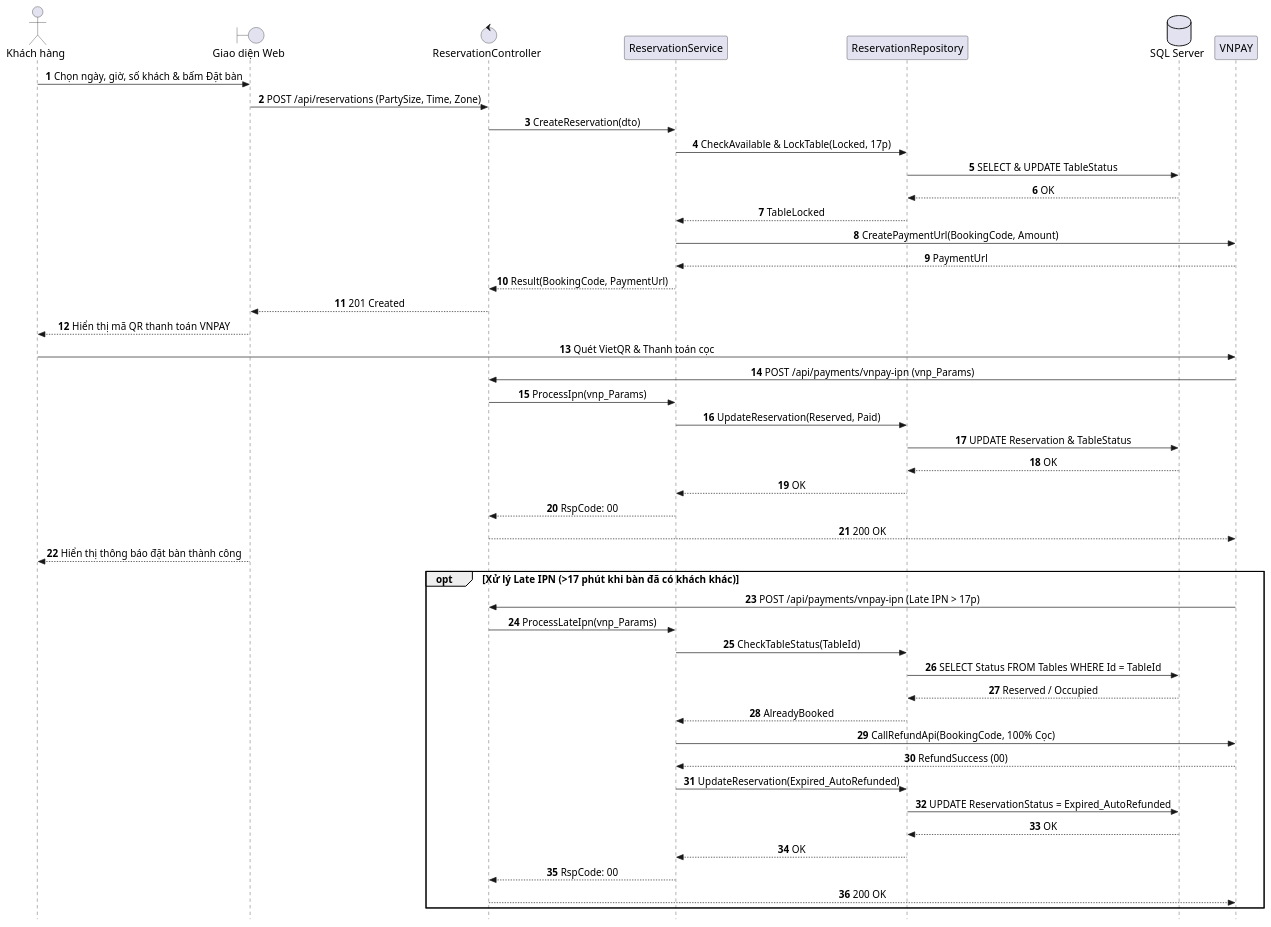
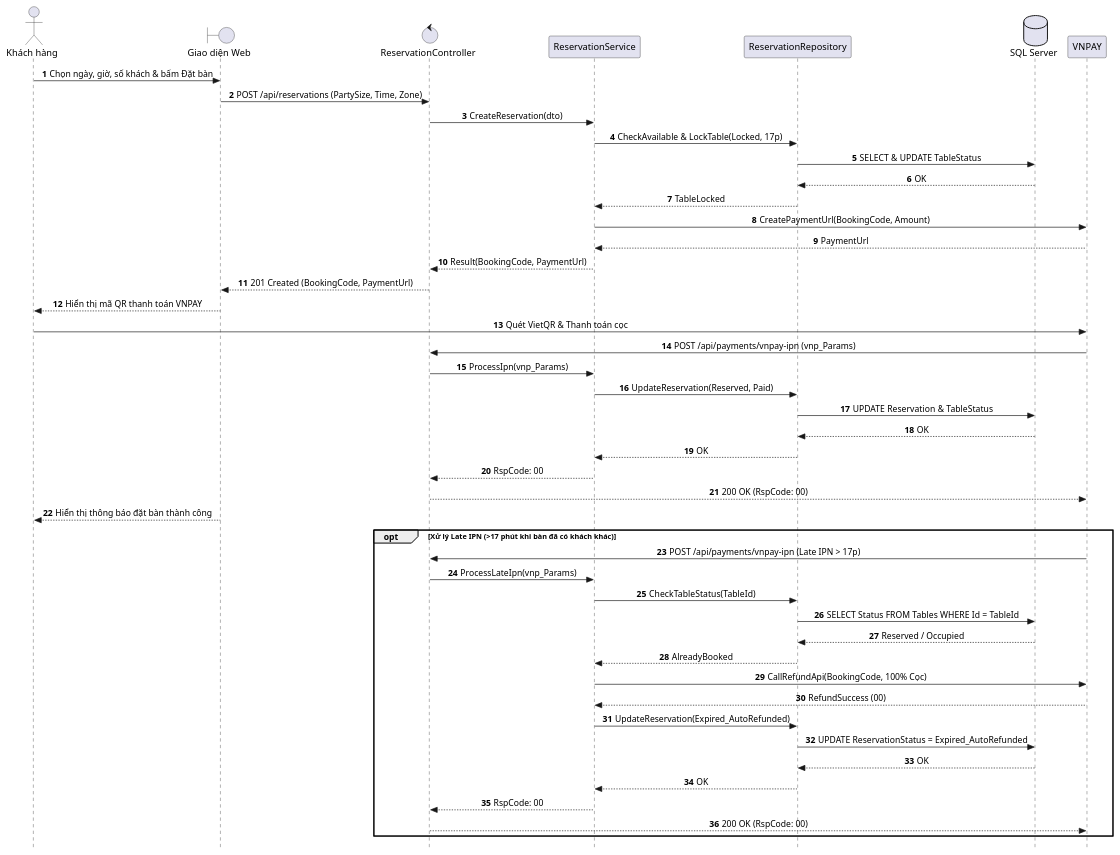
Before and after one commit to AndrewQng/VinDining: the diagram in docs/puml/sequences/SD_UC_U1_Reservation_Deposit.puml, drawn with PlantUML.

Commit message:
docs: add sequence diagram for reservation deposit and payment handling in PlantUML

```diff
--- a/docs/puml/sequences/SD_UC_U1_Reservation_Deposit.puml
+++ b/docs/puml/sequences/SD_UC_U1_Reservation_Deposit.puml
@@ -1,62 +1,55 @@
 @startuml SD_UC_U1_Reservation_Deposit
 autonumber
 skinparam style strictuml
 skinparam sequenceMessageAlign center
 skinparam responseMessageBelowArrow true
-skinparam defaultFontName "Segoe UI", Arial, sans-serif
-skinparam defaultFontSize 16
-skinparam sequenceActorFontSize 16
-skinparam sequenceParticipantFontSize 16
-skinparam sequenceArrowFontSize 15
-skinparam sequenceGroupFontSize 15
-skinparam sequenceGroupHeaderFontSize 15
 
 actor "Khách hàng" as Guest
 boundary "Giao diện Web" as UI
 control "ReservationController" as Controller
 participant "ReservationService" as Service
 participant "ReservationRepository" as Repo
 database "SQL Server" as DB
 participant "VNPAY" as VNPAY
 
 Guest -> UI: Chọn ngày, giờ, số khách & bấm Đặt bàn
 UI -> Controller: POST /api/reservations (PartySize, Time, Zone)
 Controller -> Service: CreateReservation(dto)
 Service -> Repo: CheckAvailable & LockTable(Locked, 17p)
 Repo -> DB: SELECT & UPDATE TableStatus
 DB --> Repo: OK
 Repo --> Service: TableLocked
 Service -> VNPAY: CreatePaymentUrl(BookingCode, Amount)
 VNPAY --> Service: PaymentUrl
 Service --> Controller: Result(BookingCode, PaymentUrl)
-Controller --> UI: 201 Created
+Controller --> UI: 201 Created (BookingCode, PaymentUrl)
 UI --> Guest: Hiển thị mã QR thanh toán VNPAY
 
 Guest -> VNPAY: Quét VietQR & Thanh toán cọc
 VNPAY -> Controller: POST /api/payments/vnpay-ipn (vnp_Params)
 Controller -> Service: ProcessIpn(vnp_Params)
 Service -> Repo: UpdateReservation(Reserved, Paid)
 Repo -> DB: UPDATE Reservation & TableStatus
 DB --> Repo: OK
 Repo --> Service: OK
 Service --> Controller: RspCode: 00
-Controller --> VNPAY: 200 OK
+Controller --> VNPAY: 200 OK (RspCode: 00)
 UI --> Guest: Hiển thị thông báo đặt bàn thành công
 
 opt Xử lý Late IPN (>17 phút khi bàn đã có khách khác)
     VNPAY -> Controller: POST /api/payments/vnpay-ipn (Late IPN > 17p)
     Controller -> Service: ProcessLateIpn(vnp_Params)
     Service -> Repo: CheckTableStatus(TableId)
     Repo -> DB: SELECT Status FROM Tables WHERE Id = TableId
     DB --> Repo: Reserved / Occupied
     Repo --> Service: AlreadyBooked
     Service -> VNPAY: CallRefundApi(BookingCode, 100% Cọc)
     VNPAY --> Service: RefundSuccess (00)
     Service -> Repo: UpdateReservation(Expired_AutoRefunded)
     Repo -> DB: UPDATE ReservationStatus = Expired_AutoRefunded
     DB --> Repo: OK
     Repo --> Service: OK
     Service --> Controller: RspCode: 00
-    Controller --> VNPAY: 200 OK
+    Controller --> VNPAY: 200 OK (RspCode: 00)
 end
 @enduml
```
